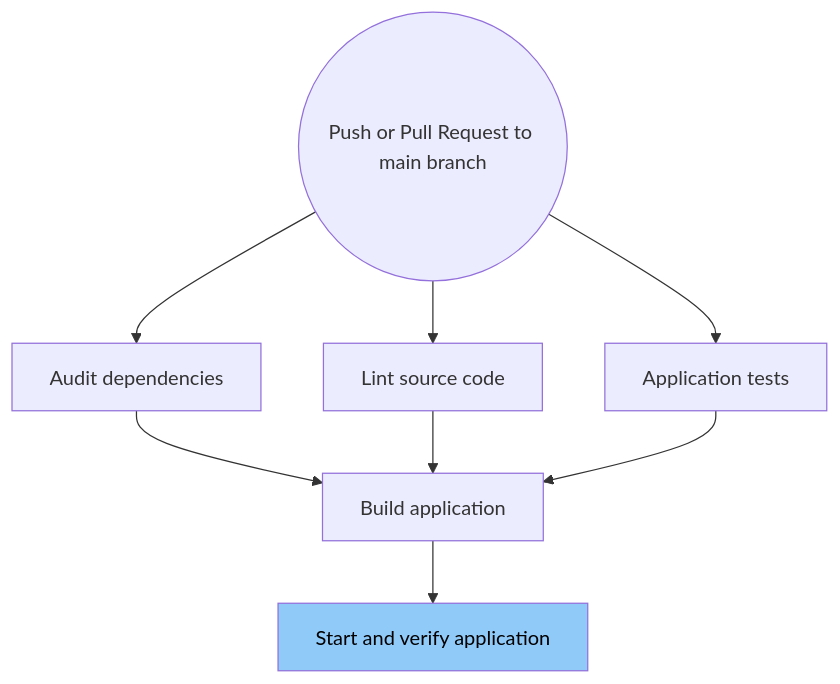
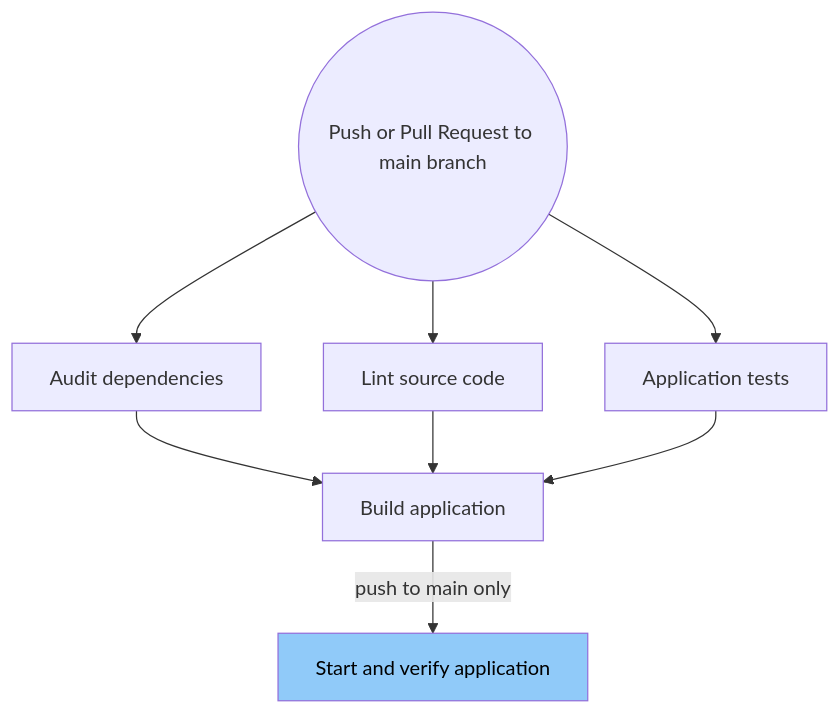
The first of 2 diagrams in README.md (Scorpieau/javascript-spa-simple), drawn with Mermaid before and after one commit. The commit also changed other lines of this file, not shown here.

Commit message:
docs: fix CI diagram edge annotation and generic-test trigger
Agent-Logs-Url: https://github.com/Scorpieau/javascript-spa-simple/sessions/cec7cf63-2c4c-41ac-a416-e2049de98179

````diff
--- a/README.md
+++ b/README.md
@@ -82,12 +82,12 @@
 ```mermaid
 graph TD
     T((Push or Pull Request to main branch))
     T --> A[Audit dependencies]
     T --> B[Lint source code]
     T --> C[Application tests]
     A[Audit dependencies] --> E[Build application]
     B[Lint source code] --> E
     C[Application tests] --> E
-    E --> F[Start and verify application]
+    E --> |push to main only| F[Start and verify application]
     style F fill:#90caf9,color:#000
 ```
````
